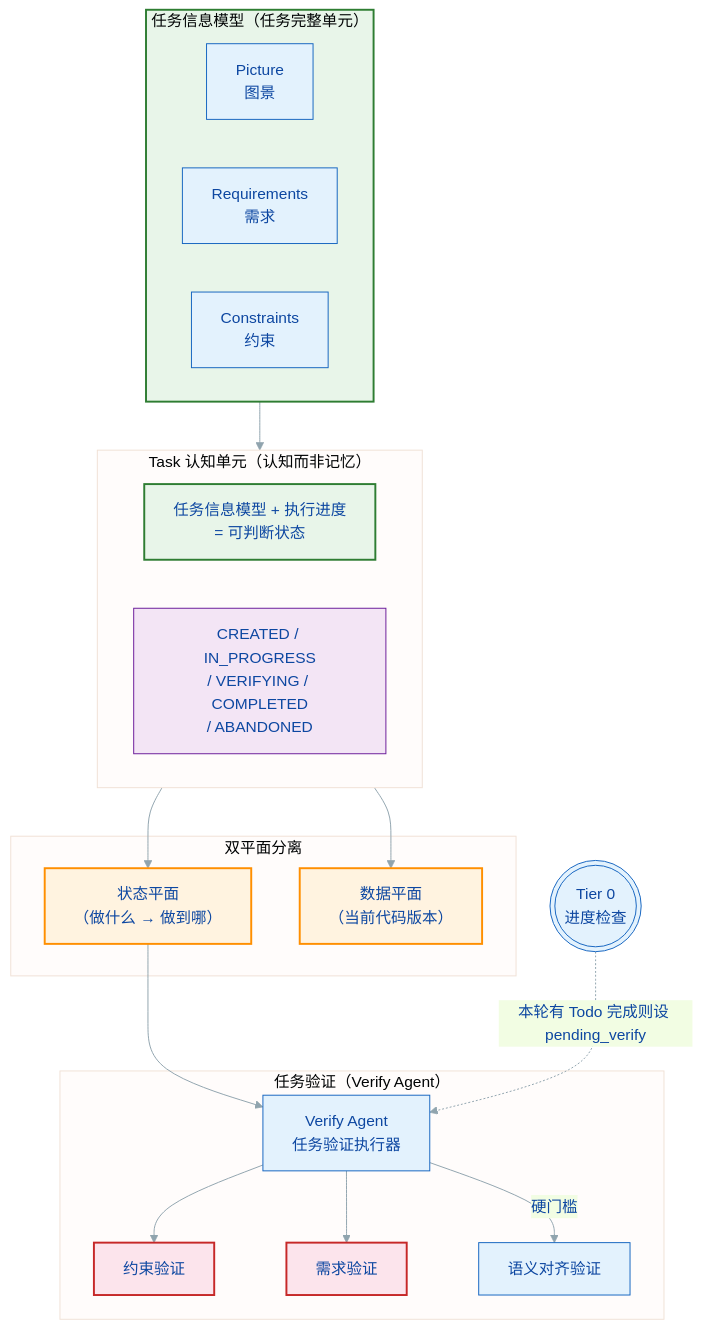
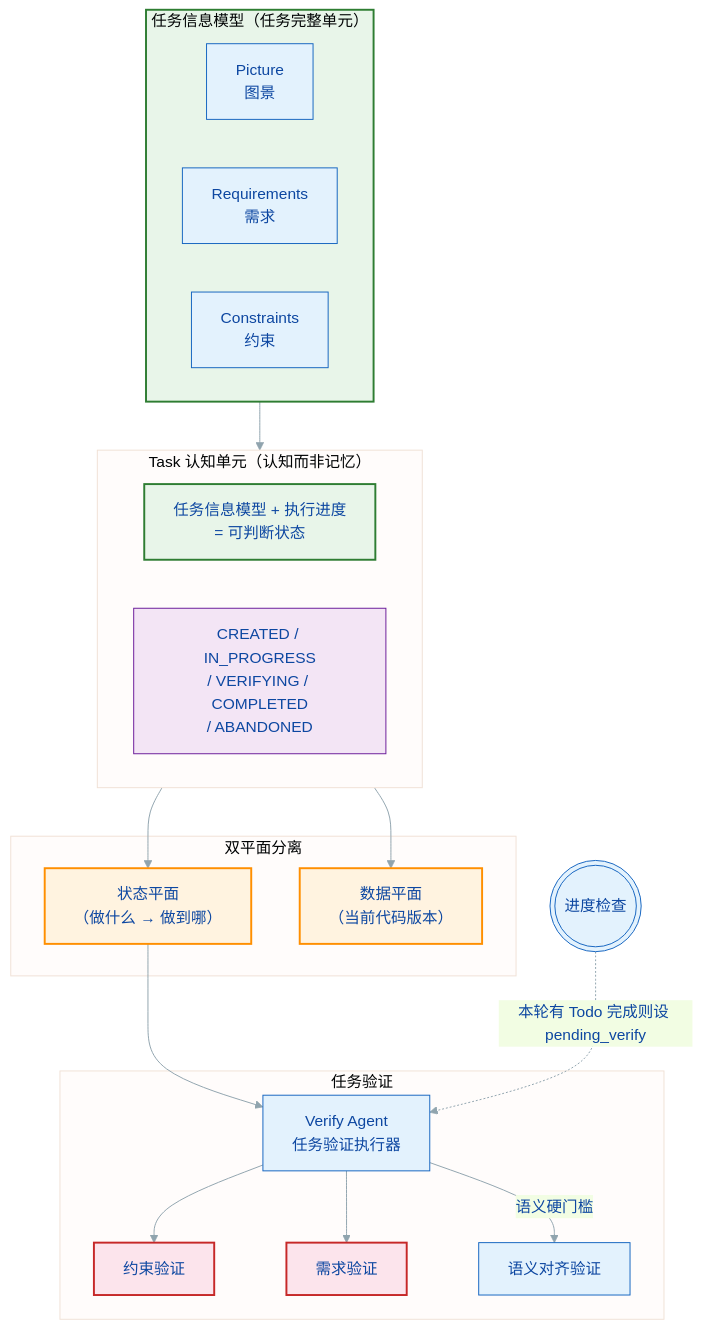
The first of 9 diagrams in docs/SPEC.md (Lazyn0tBug/mem0ress), drawn with Mermaid before and after one commit. The commit also changed other lines of this file and 2 other files, not shown here.

Commit message:
fix(spec): remove Tier numbering from external-facing overview diagram

````diff
--- a/docs/SPEC.md
+++ b/docs/SPEC.md
@@ -55,47 +55,47 @@
 ```mermaid
 %% label：核心解法总览
 %%{ init: { 'theme': 'base', 'themeVariables': { 'primaryColor': '#e3f2fd', 'primaryTextColor': '#0d47a1', 'primaryBorderColor': '#1565c0', 'lineColor': '#90a4ae', 'fontFamily': 'arial' } } }%%
 graph TB
     subgraph PRC["任务信息模型（任务完整单元）"]
         PIC["Picture\n图景"]
         REQ["Requirements\n需求"]
         CST["Constraints\n约束"]
     end
 
     subgraph TASK["Task 认知单元（认知而非记忆）"]
         TR["任务信息模型 + 执行进度\n= 可判断状态"]
         ST["CREATED / IN_PROGRESS\n/ VERIFYING / COMPLETED\n/ ABANDONED"]
     end
 
     subgraph DUAL["双平面分离"]
         SP["状态平面\n（做什么 → 做到哪）"]
         DP["数据平面\n（当前代码版本）"]
     end
 
-    subgraph TIERS["任务验证（Verify Agent）"]
+    subgraph    TIERS["任务验证"]
         J["Verify Agent\n任务验证执行器"]
         C["约束验证"]
         R["需求验证"]
         T3["语义对齐验证"]
     end
 
     PRC --> TASK
     TASK --> SP
     TASK --> DP
     SP --> J
-    T0((("Tier 0\n进度检查")))
+    T0((("进度检查")))
     T0 -.->|本轮有 Todo 完成则设 pending_verify| J
     J --> C
     J --> R
-    J -->|硬门槛| T3
+    J -->|语义硬门槛| T3
 
     classDef prc fill:#e8f5e9,stroke:#2e7d32,stroke-width:2px;
     classDef task fill:#e3f2fd,stroke:#1565c0,stroke-width:2px;
     classDef plane fill:#fff3e0,stroke:#ff8f00,stroke-width:2px;
     classDef tier fill:#fce4ec,stroke:#c62828,stroke-width:2px;
     classDef state fill:#f3e5f5,stroke:#6a1b9a,stroke-width:1px;
     class PRC,task,TR,ST prc;
     class SP,DP plane;
     class C,T,R,S tier;
     class ST state;
 ```
````
